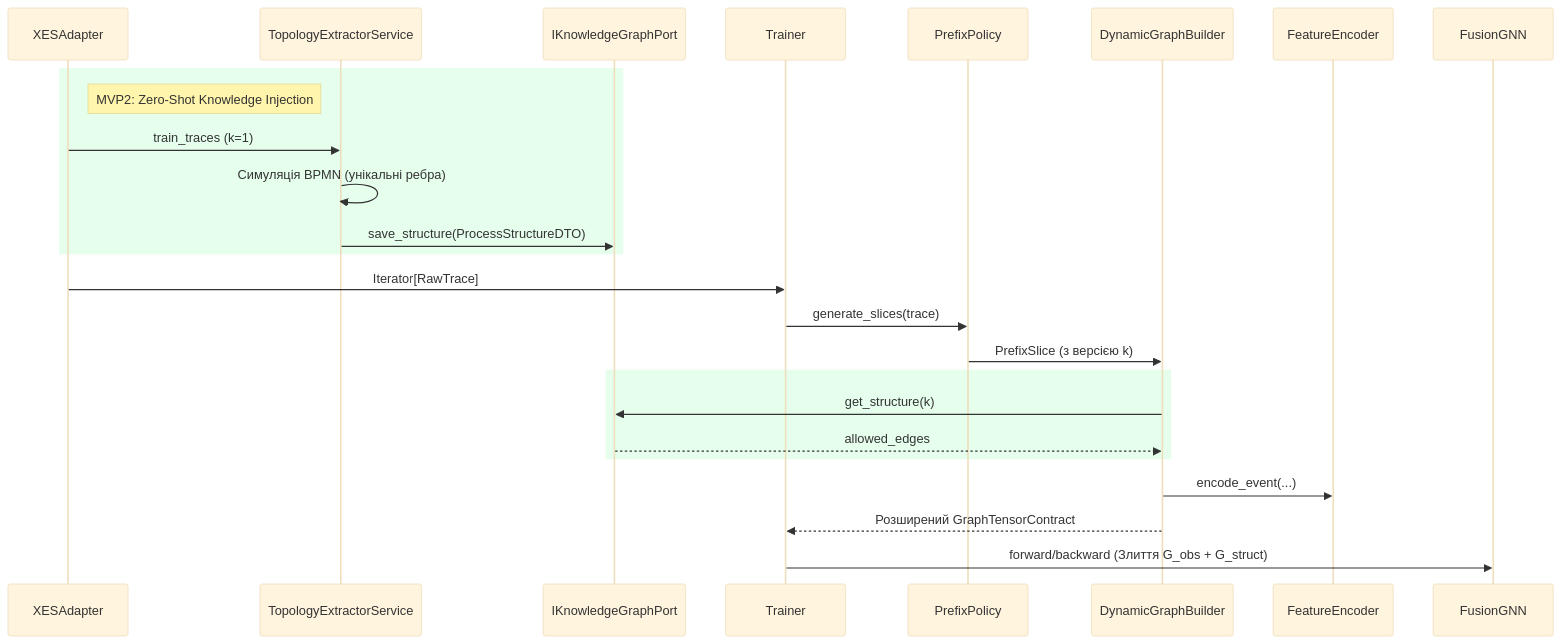
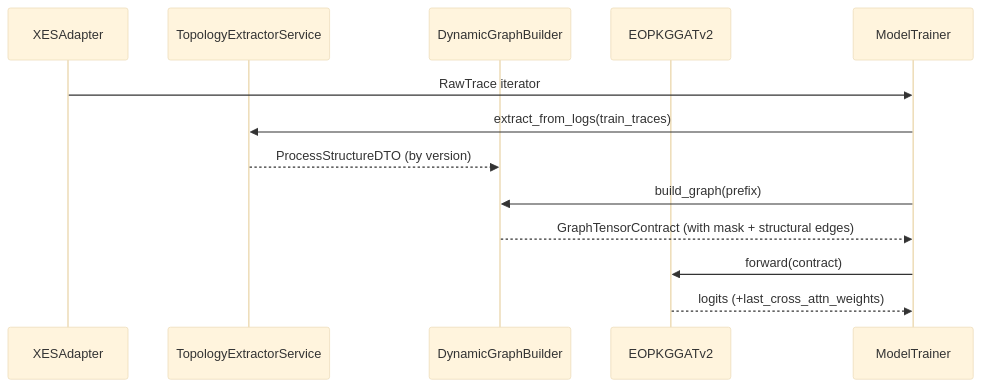
The fourth of 5 diagrams in docs/ARCHITECTURE_MVP2.MD (ghsrg/bpm_prediction), drawn with Mermaid (base theme) before and after one commit. The commit also changed other lines of this file and 4 other files, not shown here.

````diff
--- a/docs/ARCHITECTURE_MVP2.MD
+++ b/docs/ARCHITECTURE_MVP2.MD
@@ -139,31 +161,16 @@
 ```mermaid
 sequenceDiagram
-    participant XES as XESAdapter
-    participant TopologyExtractorService as TopologyExtractorService
-    participant KG as IKnowledgeGraphPort
-    participant TR as Trainer
-    participant PP as PrefixPolicy
-    participant DGB as DynamicGraphBuilder
-    participant FE as FeatureEncoder
-    participant M as FusionGNN
+    participant X as XESAdapter
+    participant T as TopologyExtractorService
+    participant D as DynamicGraphBuilder
+    participant M as EOPKGGATv2
+    participant R as ModelTrainer
 
-    rect rgb(230, 255, 237)
-    Note right of XES: MVP2: Zero-Shot Knowledge Injection
-    XES->>TopologyExtractorService: train_traces (k=1)
-    TopologyExtractorService->>TopologyExtractorService: Симуляція BPMN (унікальні ребра)
-    TopologyExtractorService->>KG: save_structure(ProcessStructureDTO)
-    end
-
-    XES->>TR: Iterator[RawTrace]
-    TR->>PP: generate_slices(trace)
-    PP->>DGB: PrefixSlice (з версією k)
-    
-    rect rgb(230, 255, 237)
-    DGB->>KG: get_structure(k)
-    KG-->>DGB: allowed_edges
-    end
-    
-    DGB->>FE: encode_event(...)
-    DGB-->>TR: Розширений GraphTensorContract
-    TR->>M: forward/backward (Злиття G_obs + G_struct)
+    X->>R: RawTrace iterator
+    R->>T: extract_from_logs(train_traces)
+    T-->>D: ProcessStructureDTO (by version)
+    R->>D: build_graph(prefix)
+    D-->>R: GraphTensorContract (with mask + structural edges)
+    R->>M: forward(contract)
+    M-->>R: logits (+last_cross_attn_weights)
 ```
````
